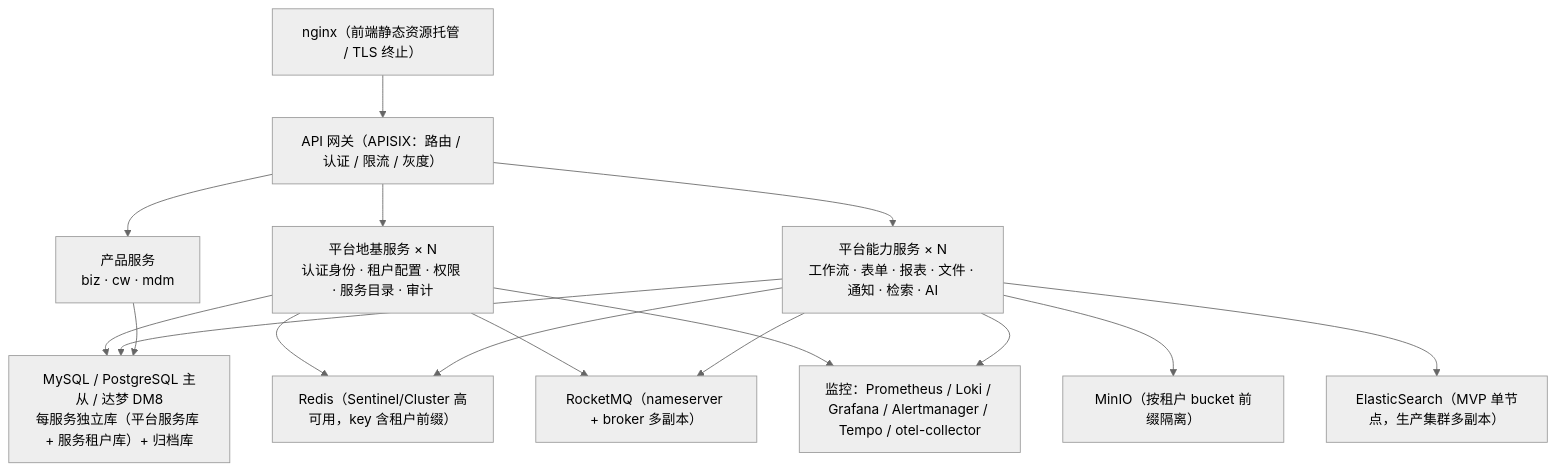
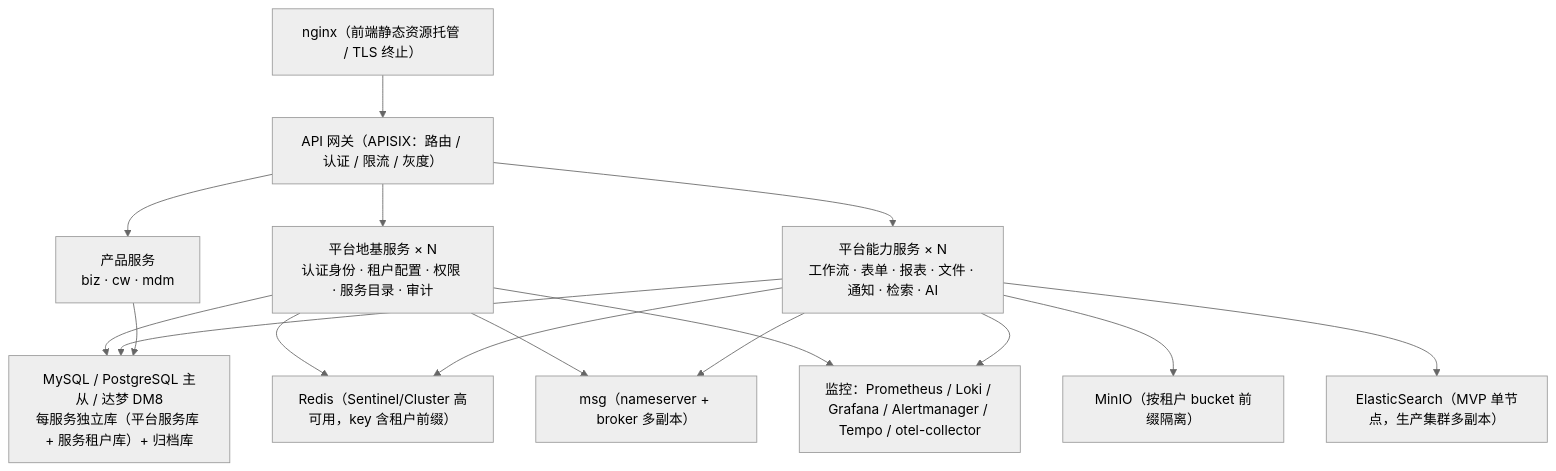
The diagram in bms文档/设计/架构设计/33_架构设计_部署与运维.md (minjian123/basic-management-system), drawn with Mermaid (neutral theme) before and after one commit. The commit also changed other lines of this file and 118 other files, not shown here.

````diff
--- a/bms文档/设计/架构设计/33_架构设计_部署与运维.md
+++ b/bms文档/设计/架构设计/33_架构设计_部署与运维.md
@@ -13,18 +13,18 @@
 ```mermaid
 graph TD
     N["nginx（前端静态资源托管 / TLS 终止）"] --> GW["API 网关（APISIX：路由 / 认证 / 限流 / 灰度）"]
     GW --> S["平台地基服务 × N<br/>认证身份 · 租户配置 · 权限 · 服务目录 · 审计"]
     GW --> B["平台能力服务 × N<br/>工作流 · 表单 · 报表 · 文件 · 通知 · 检索 · AI"]
     GW --> P["产品服务<br/>biz · cw · mdm"]
     S --> DB["MySQL / PostgreSQL 主从 / 达梦 DM8<br/>每服务独立库（平台服务库 + 服务租户库）+ 归档库"]
     B --> DB
     P --> DB
     S --> R["Redis（Sentinel/Cluster 高可用，key 含租户前缀）"]
     B --> R
-    S --> MQ["RocketMQ（nameserver + broker 多副本）"]
+    S --> MQ["msg（nameserver + broker 多副本）"]
     B --> MQ
     B --> MI["MinIO（按租户 bucket 前缀隔离）"]
     B --> ES["ElasticSearch（MVP 单节点，生产集群多副本）"]
     S --> MON["监控：Prometheus / Loki / Grafana / Alertmanager / Tempo / otel-collector"]
     B --> MON
 ```
````
